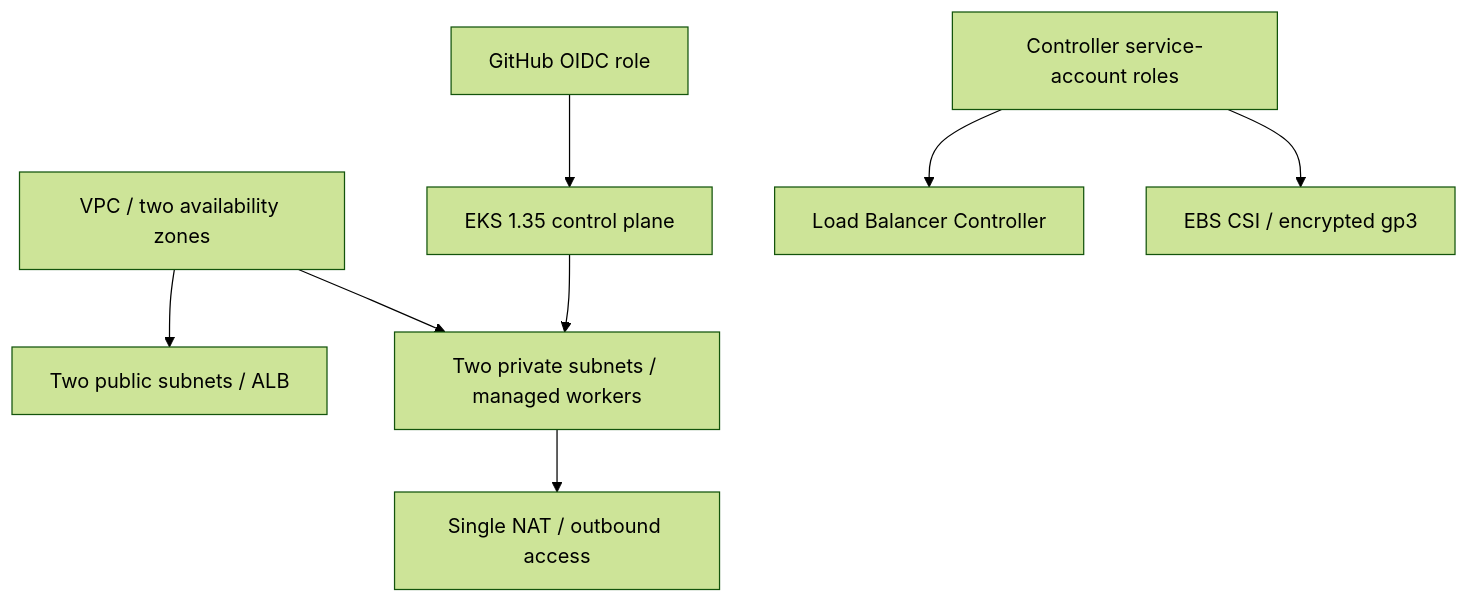
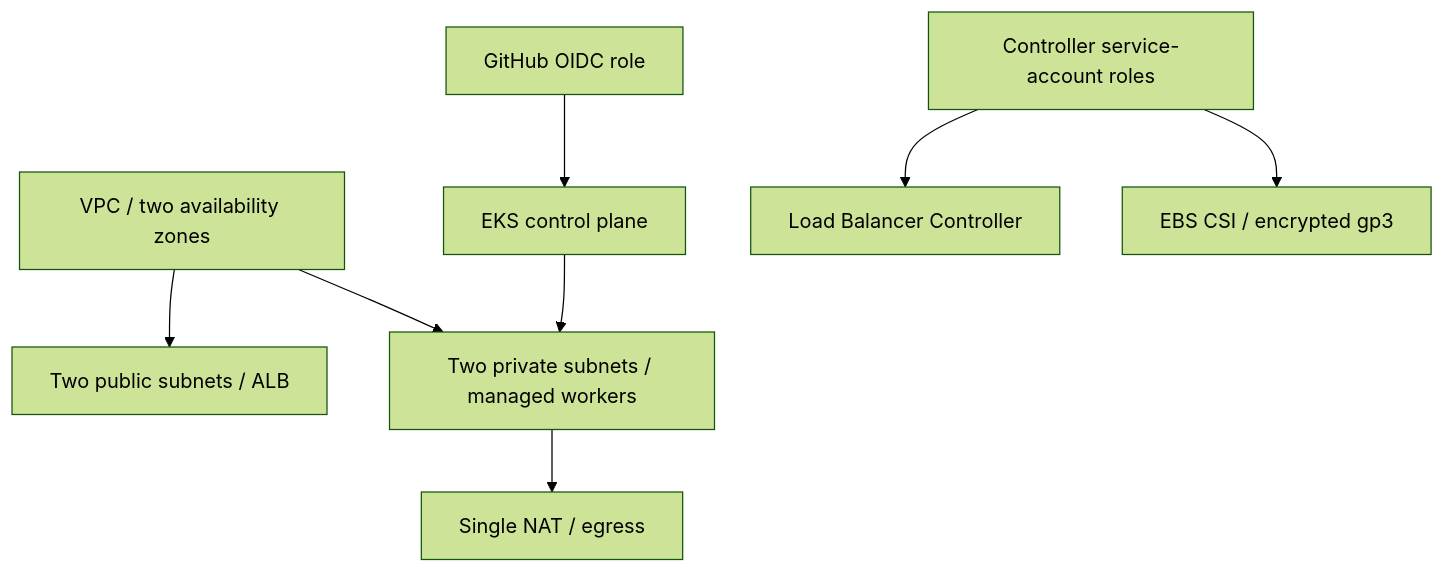
The diagram in terraform/README.md (NoteLegend/devOps-TaskBoard), drawn with Mermaid (forest theme) before and after one commit. The commit also changed other lines of this file and 26 other files, not shown here.

````diff
--- a/terraform/README.md
+++ b/terraform/README.md
@@ -5,10 +11,10 @@
 ```mermaid
 flowchart TD
   VPC[VPC / two availability zones] --> Public[Two public subnets / ALB]
   VPC --> Private[Two private subnets / managed workers]
-  Private --> NAT[Single NAT / outbound access]
-  EKS[EKS 1.35 control plane] --> Private
+  Private --> NAT[Single NAT / egress]
+  EKS[EKS control plane] --> Private
   OIDC[GitHub OIDC role] --> EKS
-  IRSA[Controller service-account roles] --> ALB[Load Balancer Controller]
-  IRSA --> EBS[EBS CSI / encrypted gp3]
+  Roles[Controller service-account roles] --> ALB[Load Balancer Controller]
+  Roles --> EBS[EBS CSI / encrypted gp3]
 ```
````
